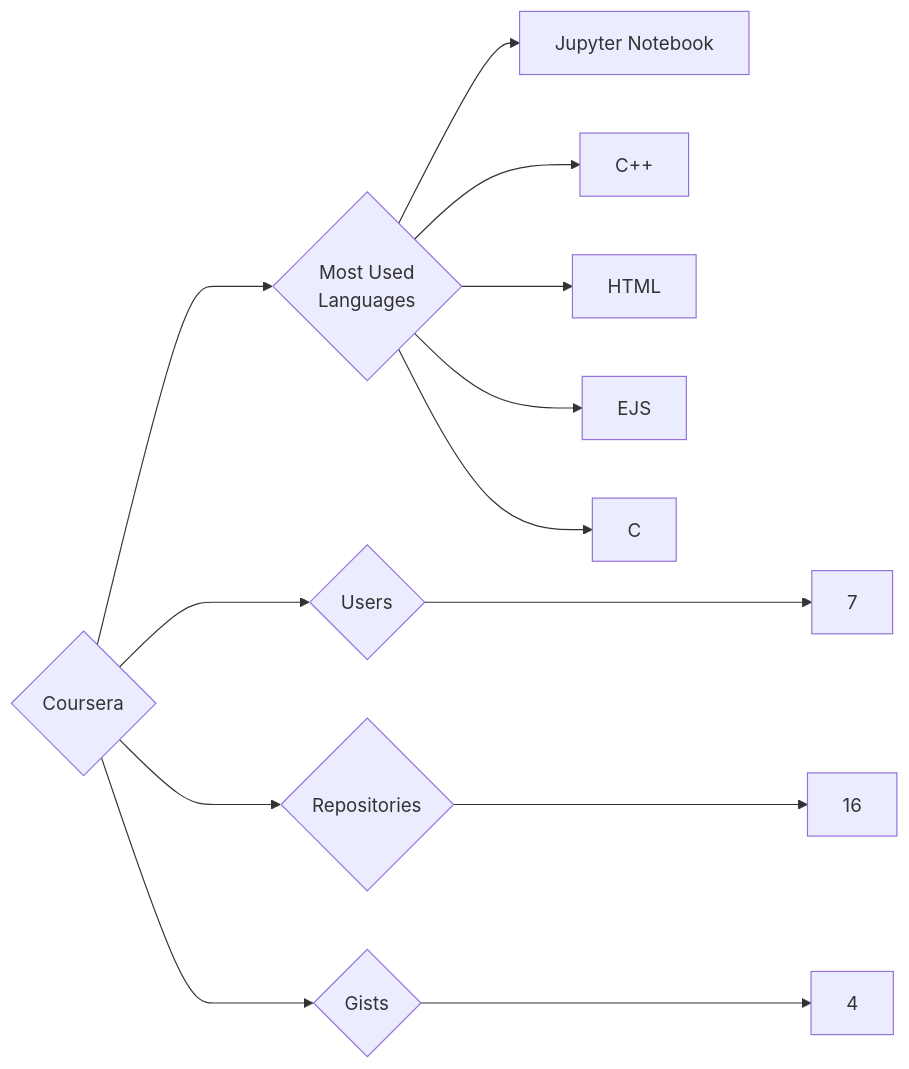
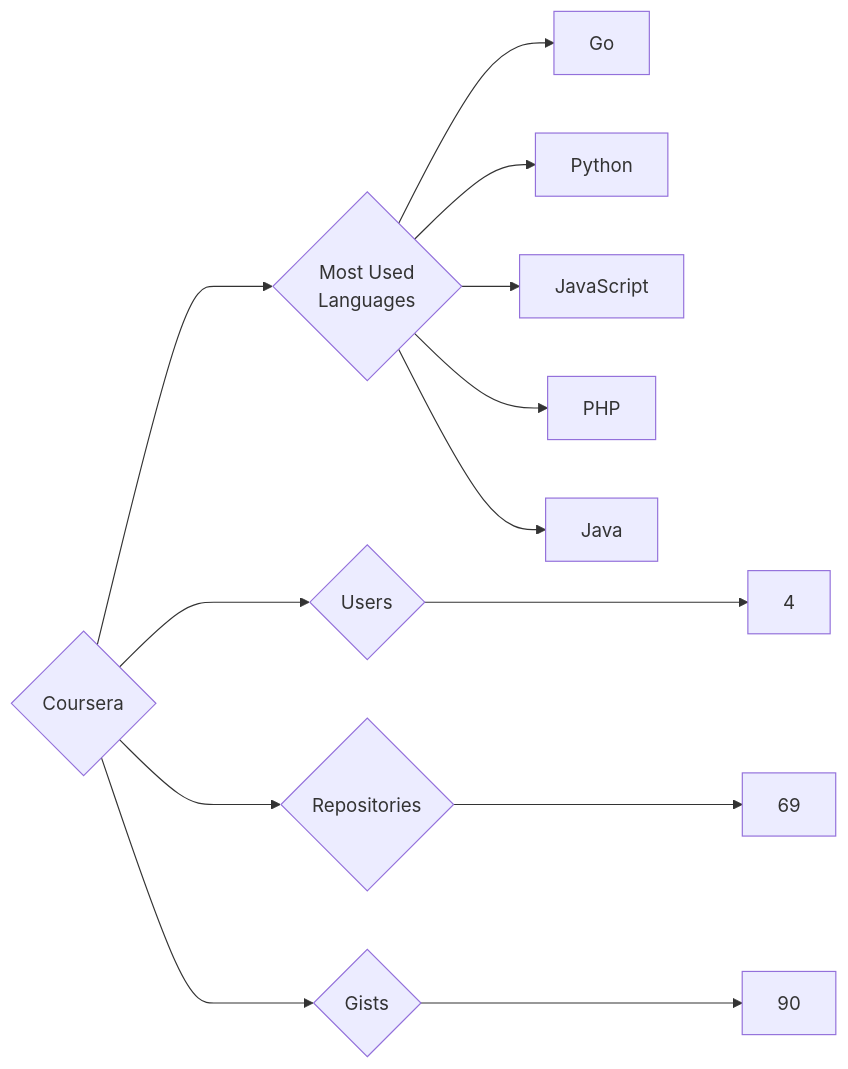
One commit to trickest/insiders changed the diagram in targets/Coursera/README.md. Above: the diagram before and after it, drawn with Mermaid. The commit also changed 783 other files, not shown here.

````diff
--- a/targets/Coursera/README.md
+++ b/targets/Coursera/README.md
@@ -3,13 +3,13 @@
 ```mermaid
 graph LR
 COMPANY_NAME{Coursera}
-COMPANY_NAME ---> U{Users} ---> UN[7]
-COMPANY_NAME ---> R{Repositories} ---> RN[16]
-COMPANY_NAME ---> G{Gists} ---> GN[4]
+COMPANY_NAME ---> U{Users} ---> UN[4]
+COMPANY_NAME ---> R{Repositories} ---> RN[69]
+COMPANY_NAME ---> G{Gists} ---> GN[90]
 COMPANY_NAME ---> ML{Most Used<br>Languages}
-ML --> Jupyter_Notebook[Jupyter Notebook]
-ML --> C++[C++]
-ML --> HTML[HTML]
-ML --> EJS[EJS]
-ML --> C[C]
+ML --> Go[Go]
+ML --> Python[Python]
+ML --> JavaScript[JavaScript]
+ML --> PHP[PHP]
+ML --> Java[Java]
 ```
````
